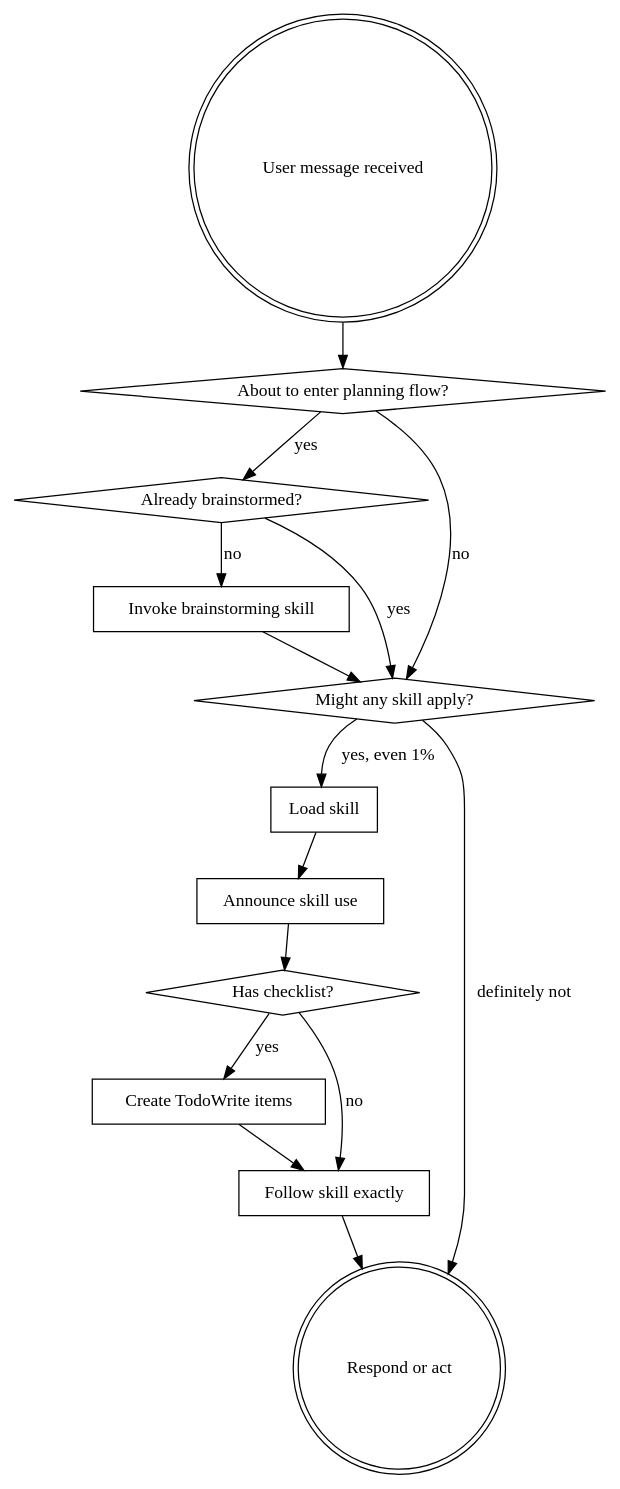
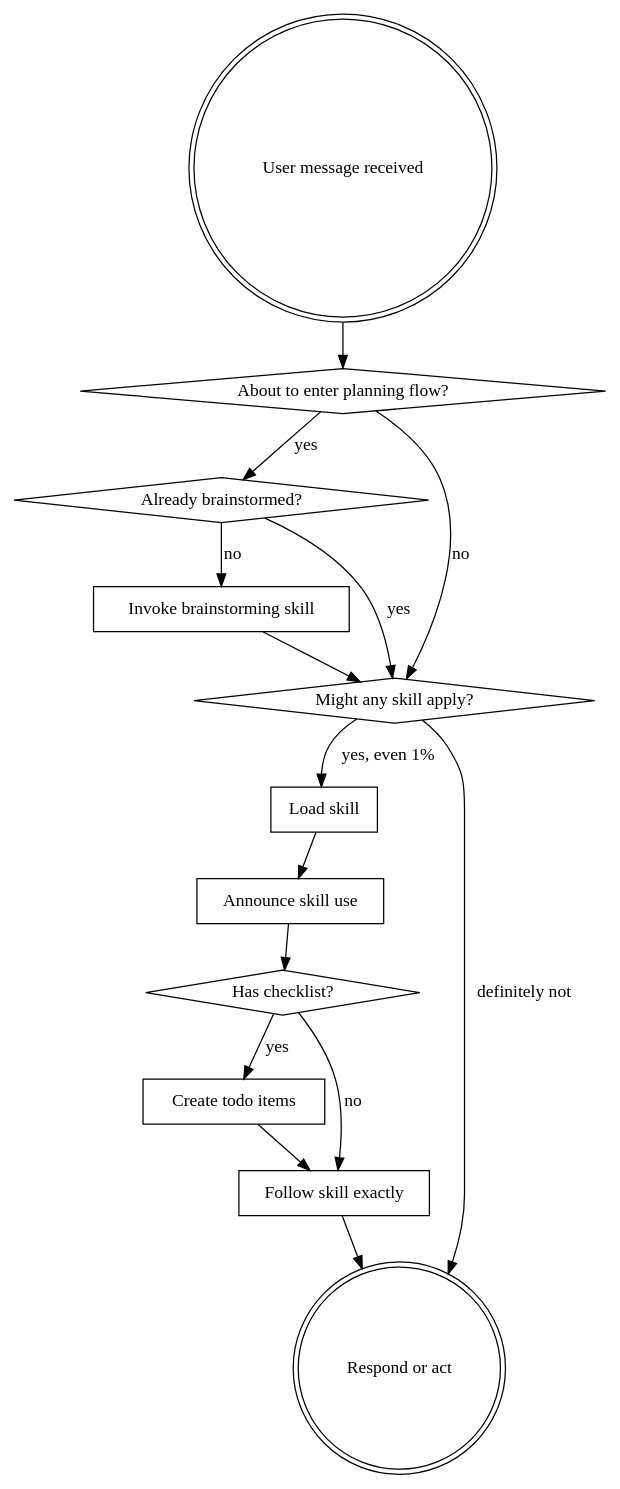
Before and after one commit to clashmar/know-how: the diagram in skills/using-know-how/SKILL.md, drawn with Graphviz. The commit also changed other lines of this file and 9 other files, not shown here.

````diff
--- a/skills/using-know-how/SKILL.md
+++ b/skills/using-know-how/SKILL.md
@@ -40,30 +40,30 @@
 ```dot
 digraph skill_flow {
     "User message received" [shape=doublecircle];
     "About to enter planning flow?" [shape=diamond];
     "Already brainstormed?" [shape=diamond];
     "Invoke brainstorming skill" [shape=box];
     "Might any skill apply?" [shape=diamond];
     "Load skill" [shape=box];
     "Announce skill use" [shape=box];
     "Has checklist?" [shape=diamond];
-    "Create TodoWrite items" [shape=box];
+    "Create todo items" [shape=box];
     "Follow skill exactly" [shape=box];
     "Respond or act" [shape=doublecircle];
 
     "User message received" -> "About to enter planning flow?";
     "About to enter planning flow?" -> "Already brainstormed?" [label="yes"];
     "About to enter planning flow?" -> "Might any skill apply?" [label="no"];
     "Already brainstormed?" -> "Invoke brainstorming skill" [label="no"];
     "Already brainstormed?" -> "Might any skill apply?" [label="yes"];
     "Invoke brainstorming skill" -> "Might any skill apply?";
     "Might any skill apply?" -> "Load skill" [label="yes, even 1%"];
     "Might any skill apply?" -> "Respond or act" [label="definitely not"];
     "Load skill" -> "Announce skill use";
     "Announce skill use" -> "Has checklist?";
-    "Has checklist?" -> "Create TodoWrite items" [label="yes"];
+    "Has checklist?" -> "Create todo items" [label="yes"];
     "Has checklist?" -> "Follow skill exactly" [label="no"];
-    "Create TodoWrite items" -> "Follow skill exactly";
+    "Create todo items" -> "Follow skill exactly";
     "Follow skill exactly" -> "Respond or act";
 }
 ```
````
